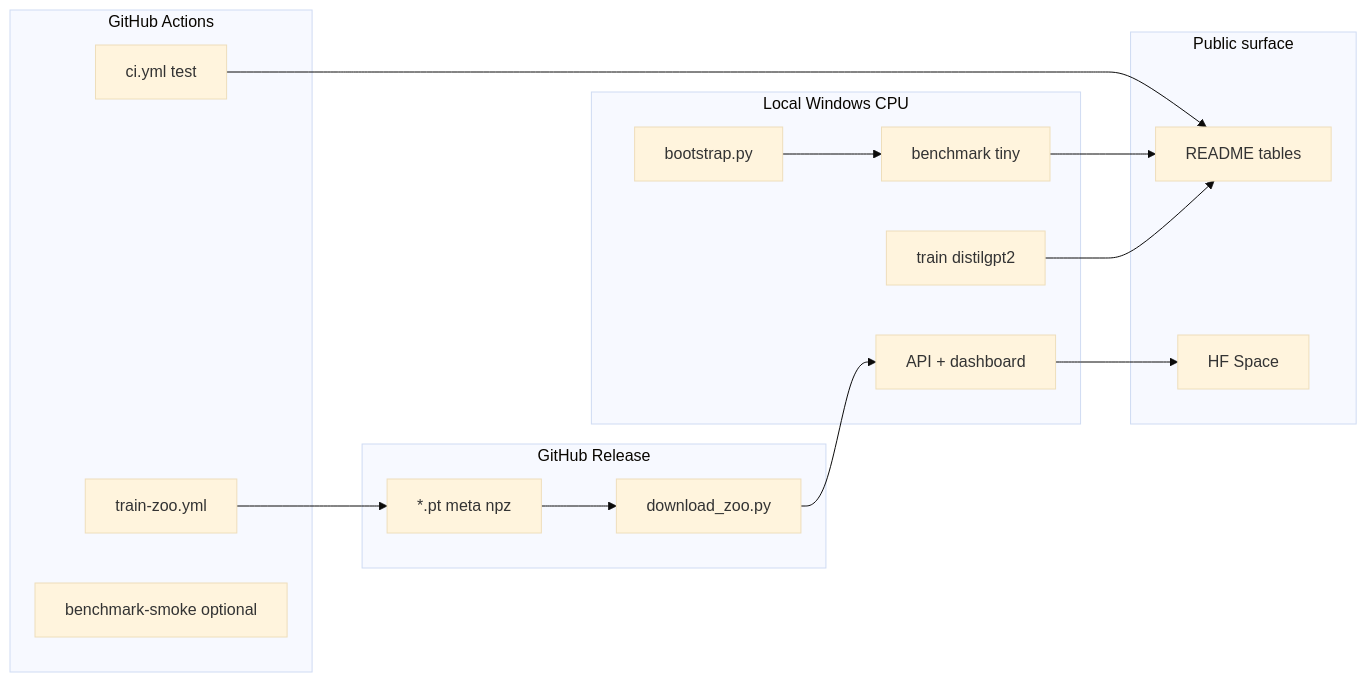
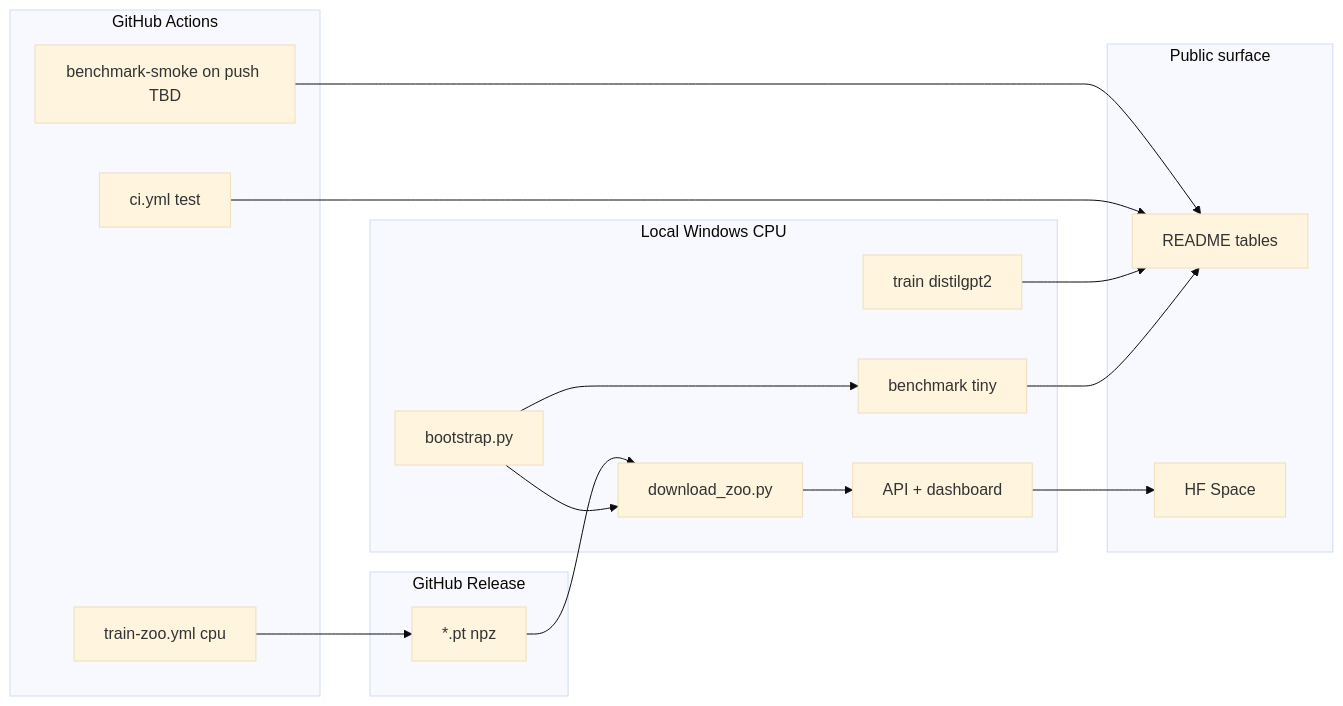
Before and after one commit to Siddarthb07/Anima: the diagram in docs/BUILD_PLAN.md, drawn with Mermaid (base theme). The commit also changed other lines of this file and 1 other file, not shown here.

````diff
--- a/docs/BUILD_PLAN.md
+++ b/docs/BUILD_PLAN.md
@@ -29,30 +40,32 @@
 ```mermaid
 flowchart LR
   subgraph local [Local Windows CPU]
     Bootstrap[bootstrap.py]
+    Download[download_zoo.py]
     TinyBench[benchmark tiny]
     DistilTrain[train distilgpt2]
     Demo[API + dashboard]
   end
   subgraph ci [GitHub Actions]
     CITest[ci.yml test]
-    TrainZoo[train-zoo.yml]
-    BenchSmoke[benchmark-smoke optional]
+    TrainZoo[train-zoo.yml cpu]
+    BenchSmoke[benchmark-smoke on push TBD]
   end
   subgraph release [GitHub Release]
-    Assets[*.pt meta npz]
-    Download[download_zoo.py]
+    Assets[*.pt npz]
   end
   subgraph public [Public surface]
     README[README tables]
     Space[HF Space]
   end
+  Bootstrap --> Download
+  Download --> Demo
   Bootstrap --> TinyBench
   TinyBench --> README
   DistilTrain --> README
   TrainZoo --> Assets
   Assets --> Download
-  Download --> Demo
   Demo --> Space
   CITest --> README
+  BenchSmoke --> README
 ```
````
